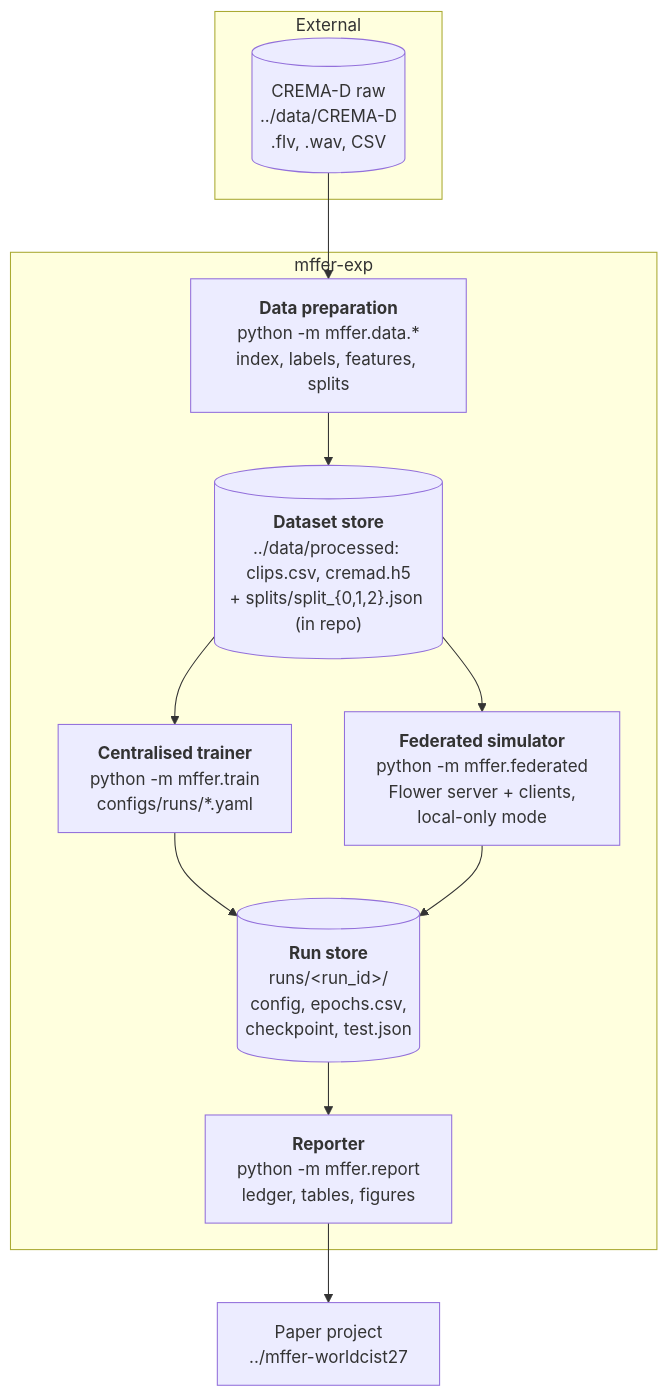
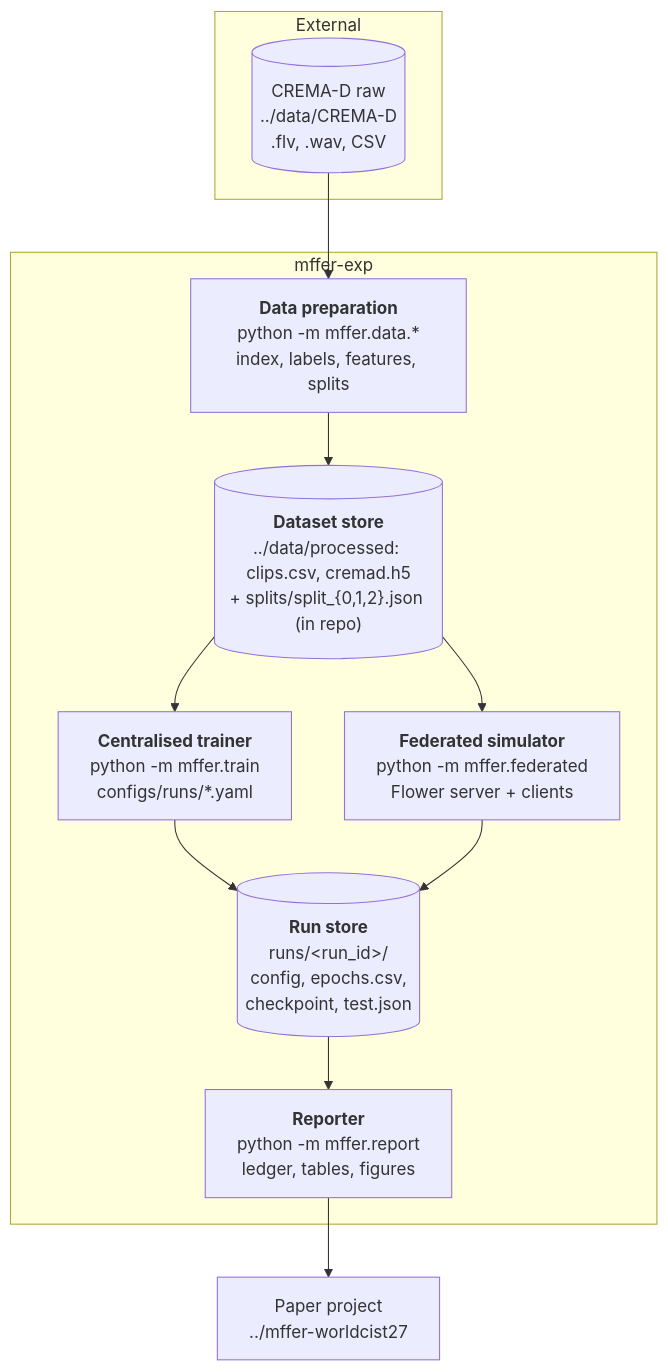
Before and after one commit to n0th1ng999/mffer-exp: the second of 3 diagrams in README.md, drawn with Mermaid. The commit also changed other lines of this file and 2 other files, not shown here.

````diff
--- a/README.md
+++ b/README.md
@@ -118,22 +280,22 @@
 ```mermaid
 flowchart TB
     subgraph EXT[External]
         RAW[("CREMA-D raw<br/>../data/CREMA-D<br/>.flv, .wav, CSV")]
     end
 
     subgraph SYS[mffer-exp]
         PREP["<b>Data preparation</b><br/>python -m mffer.data.*<br/>index, labels, features, splits"]
         DS[("<b>Dataset store</b><br/>../data/processed: clips.csv, cremad.h5<br/>+ splits/split_{0,1,2}.json (in repo)")]
         TRAIN["<b>Centralised trainer</b><br/>python -m mffer.train<br/>configs/runs/*.yaml"]
-        FED["<b>Federated simulator</b><br/>python -m mffer.federated<br/>Flower server + clients,<br/>local-only mode"]
+        FED["<b>Federated simulator</b><br/>python -m mffer.federated<br/>Flower server + clients"]
         RUNS[("<b>Run store</b><br/>runs/&lt;run_id&gt;/<br/>config, epochs.csv,<br/>checkpoint, test.json")]
         REP["<b>Reporter</b><br/>python -m mffer.report<br/>ledger, tables, figures"]
     end
 
     PAPER["Paper project<br/>../mffer-worldcist27"]
 
     RAW --> PREP --> DS
     DS --> TRAIN --> RUNS
     DS --> FED --> RUNS
     RUNS --> REP --> PAPER
 ```
````
